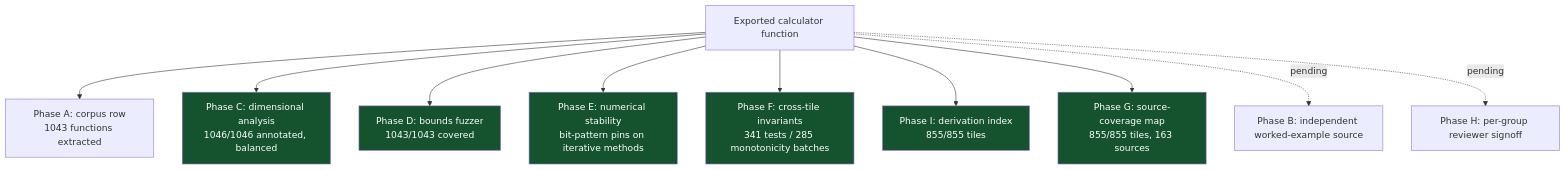
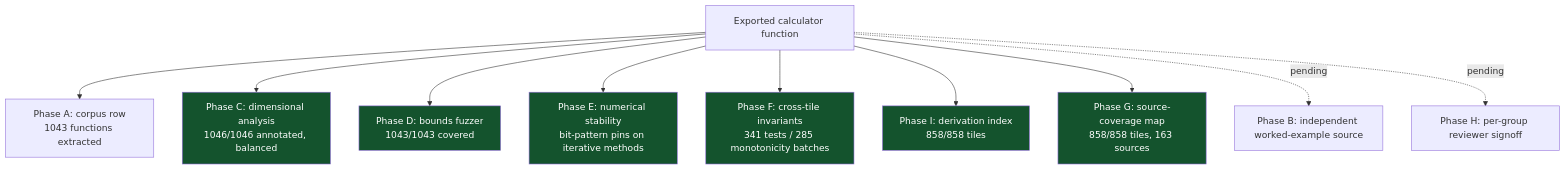
One commit to clay-good/roughlogic.com changed the sixth of 8 diagrams in README.md. Above: the diagram before and after it, drawn with Mermaid. The commit also changed other lines of this file and 21 other files, not shown here.

````diff
--- a/README.md
+++ b/README.md
@@ -519,18 +519,18 @@
 ```mermaid
 flowchart TB
     F[Exported calculator function] --> A[Phase A: corpus row\n1043 functions extracted]
     F --> C[Phase C: dimensional analysis\n1046/1046 annotated, balanced]
     F --> D[Phase D: bounds fuzzer\n1043/1043 covered]
     F --> E[Phase E: numerical stability\nbit-pattern pins on iterative methods]
     F --> Fa[Phase F: cross-tile invariants\n341 tests / 285 monotonicity batches]
-    F --> I[Phase I: derivation index\n855/855 tiles]
-    F --> G[Phase G: source-coverage map\n855/855 tiles, 163 sources]
+    F --> I[Phase I: derivation index\n858/858 tiles]
+    F --> G[Phase G: source-coverage map\n858/858 tiles, 163 sources]
     F -.pending.-> B[Phase B: independent worked-example source]
     F -.pending.-> H[Phase H: per-group reviewer signoff]
     style C fill:#14532d,color:#fff
     style D fill:#14532d,color:#fff
     style E fill:#14532d,color:#fff
     style Fa fill:#14532d,color:#fff
     style G fill:#14532d,color:#fff
     style I fill:#14532d,color:#fff
 ```
````
